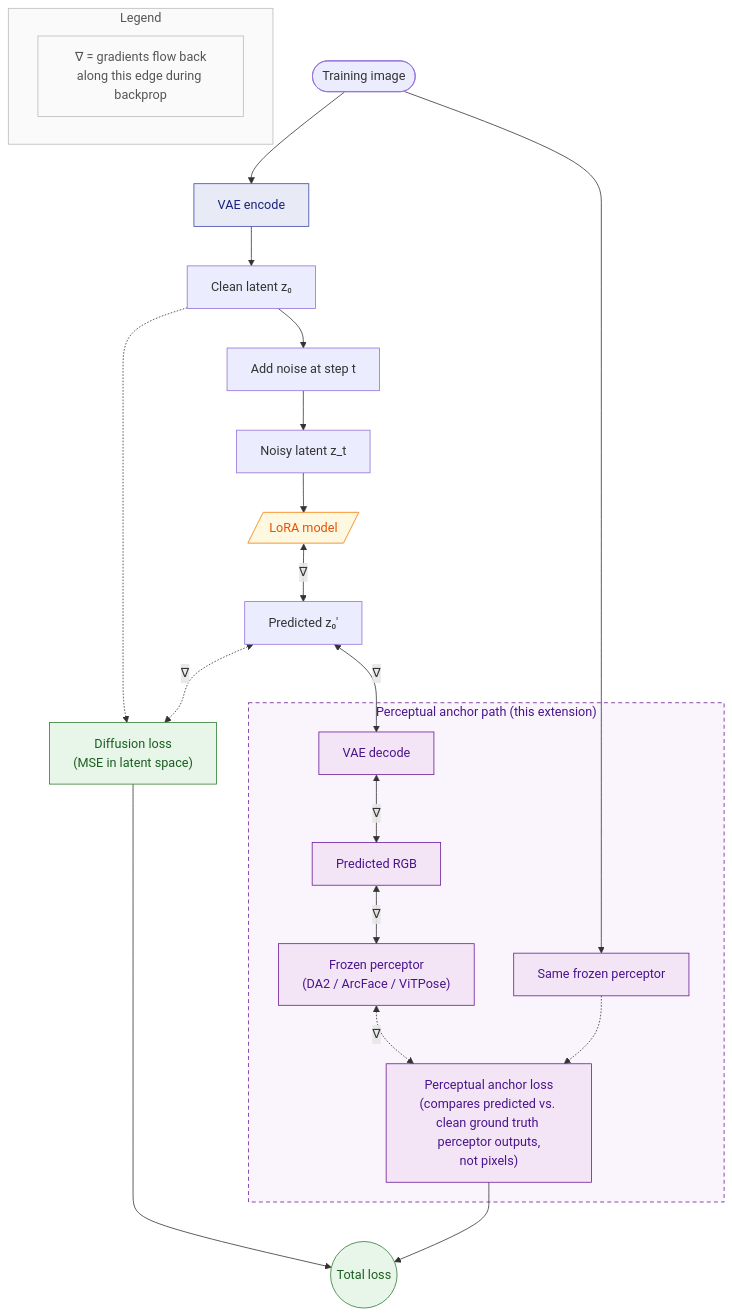
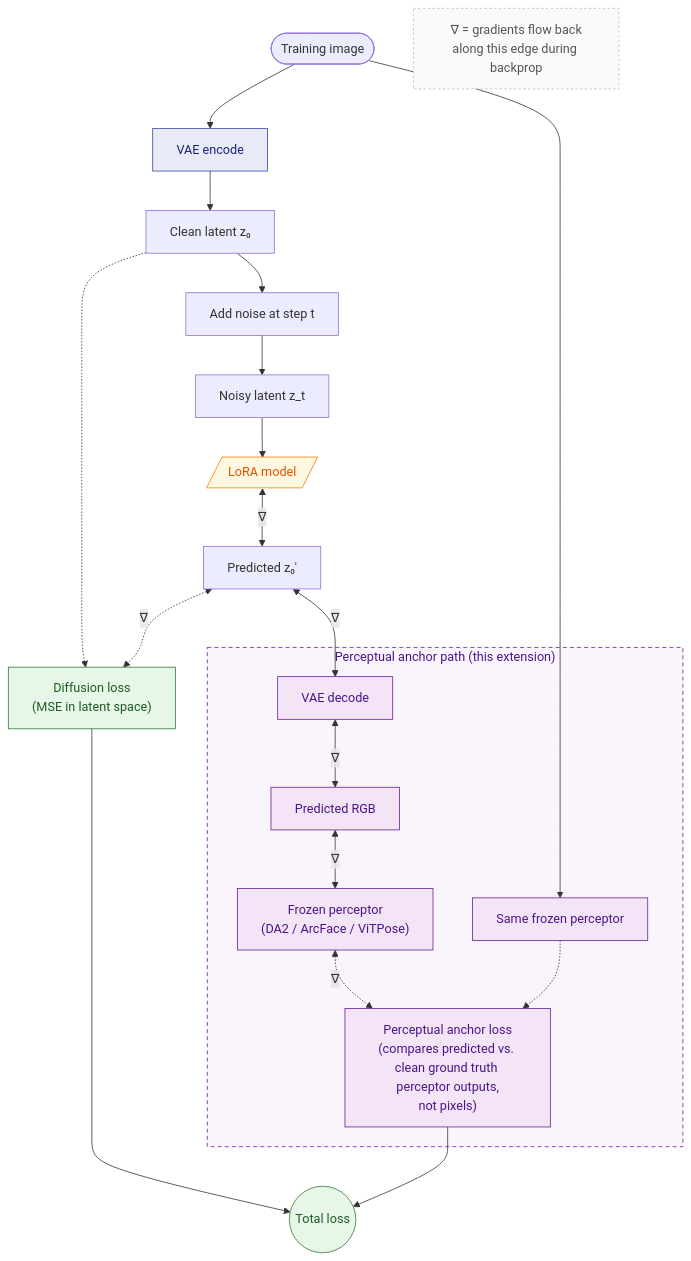
Before and after one commit to BuffaloBuffaloBuffaloBuffalo/ai-toolkit-perceptual: the diagram in README.md, drawn with Mermaid. The commit also changed other lines of this file, not shown here.

Commit message:
README: drop Legend wrapper for the single ∇ note; tighten backprop sentence

````diff
--- a/README.md
+++ b/README.md
@@ -27,49 +27,46 @@
 ```mermaid
 flowchart TD
     GT([Training image])
     GT --> Encode[VAE encode]
     Encode --> Z0[Clean latent z₀]
     Z0 --> Noise[Add noise at step t]
     Noise --> Zt[Noisy latent z_t]
     Zt --> Model[/LoRA model/]
     Model <-->|∇| Zhat[Predicted z₀']
 
     Z0 -.-> Diff["Diffusion loss<br/>(MSE in latent space)"]
     Zhat <-.->|∇| Diff
 
     subgraph Perceptual["Perceptual anchor path (this extension)"]
         Decode[VAE decode]
         RGBp[Predicted RGB]
         Pp["Frozen perceptor<br/>(DA2 / ArcFace / ViTPose)"]
         Pg[Same frozen perceptor]
         Anchor["Perceptual anchor loss<br/>(compares predicted vs. clean ground truth perceptor outputs,<br/>not pixels)"]
     end
 
     Zhat <-->|∇| Decode
     Decode <-->|∇| RGBp
     RGBp <-->|∇| Pp
     GT --> Pg
     Pp <-.->|∇| Anchor
     Pg -.-> Anchor
 
     Diff --> Total((Total loss))
     Anchor --> Total
 
-    subgraph LegendBox["Legend"]
-        L["∇ = gradients flow back<br/>along this edge during backprop"]
-    end
+    LegendNote["∇ = gradients flow back<br/>along this edge during backprop"]
 
     classDef frozen fill:#e8eaf6,stroke:#3949ab,color:#1a237e
     classDef trainable fill:#fff8e1,stroke:#f57c00,color:#e65100
     classDef loss fill:#e8f5e9,stroke:#2e7d32,color:#1b5e20
     classDef anchor fill:#f3e5f5,stroke:#6a1b9a,color:#4a148c
-    classDef legendNode fill:#fafafa,stroke:#bbb,color:#555
+    classDef legendNode fill:#fafafa,stroke:#bbb,color:#555,stroke-dasharray:3 3
 
     class Encode frozen
     class Model trainable
     class Diff,Total loss
     class Decode,RGBp,Pp,Pg,Anchor anchor
-    class L legendNode
+    class LegendNote legendNode
     style Perceptual fill:#faf5fc,stroke:#6a1b9a,stroke-dasharray:5 4,color:#4a148c
-    style LegendBox fill:#fafafa,stroke:#bbb,color:#555
 ```
````
